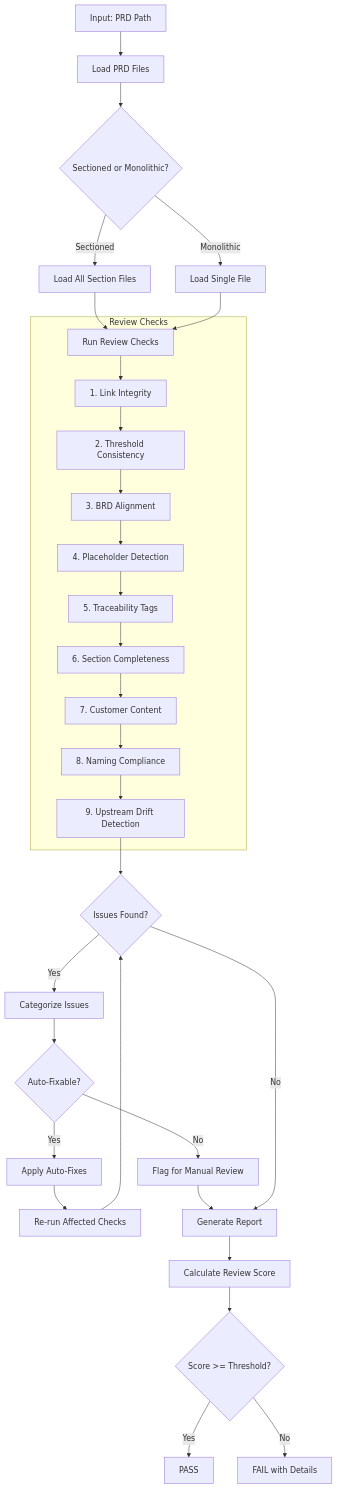
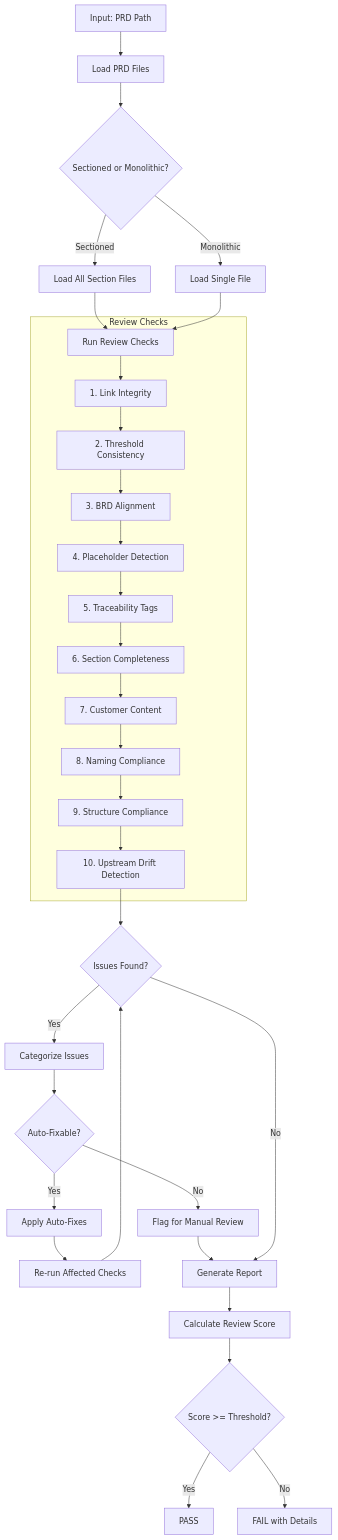
One commit to vladm3105/aidoc-flow-framework changed the first of 2 diagrams in .claude/skills/doc-prd-reviewer/SKILL.md. Above: the diagram before and after it, drawn with Mermaid. The commit also changed other lines of this file and 31 other files, not shown here.

````diff
--- a/.claude/skills/doc-prd-reviewer/SKILL.md
+++ b/.claude/skills/doc-prd-reviewer/SKILL.md
@@ -69,37 +69,38 @@
 ```mermaid
 flowchart TD
     A[Input: PRD Path] --> B[Load PRD Files]
     B --> C{Sectioned or Monolithic?}
 
     C -->|Sectioned| D[Load All Section Files]
     C -->|Monolithic| E[Load Single File]
 
     D --> F[Run Review Checks]
     E --> F
 
     subgraph Review["Review Checks"]
         F --> G[1. Link Integrity]
         G --> H[2. Threshold Consistency]
         H --> I[3. BRD Alignment]
         I --> J[4. Placeholder Detection]
         J --> K[5. Traceability Tags]
         K --> L[6. Section Completeness]
         L --> M[7. Customer Content]
         M --> M2[8. Naming Compliance]
-        M2 --> M3[9. Upstream Drift Detection]
+        M2 --> M3[9. Structure Compliance]
+        M3 --> M4[10. Upstream Drift Detection]
     end
 
-    M3 --> N{Issues Found?}
+    M4 --> N{Issues Found?}
     N -->|Yes| O[Categorize Issues]
     O --> P{Auto-Fixable?}
     P -->|Yes| Q[Apply Auto-Fixes]
     Q --> R[Re-run Affected Checks]
     P -->|No| S[Flag for Manual Review]
     R --> N
     S --> T[Generate Report]
     N -->|No| T
     T --> U[Calculate Review Score]
     U --> V{Score >= Threshold?}
     V -->|Yes| W[PASS]
     V -->|No| X[FAIL with Details]
 ```
````
